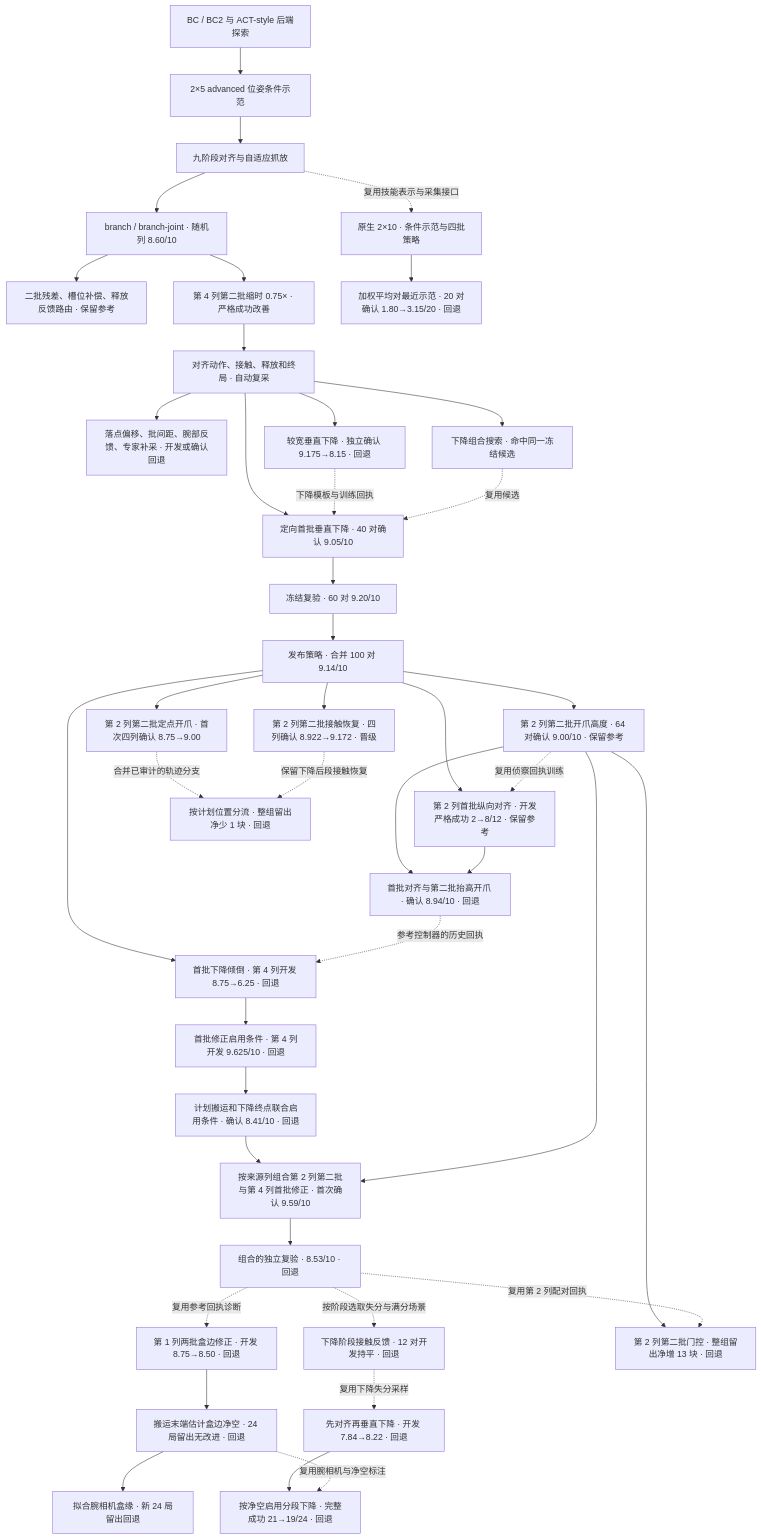
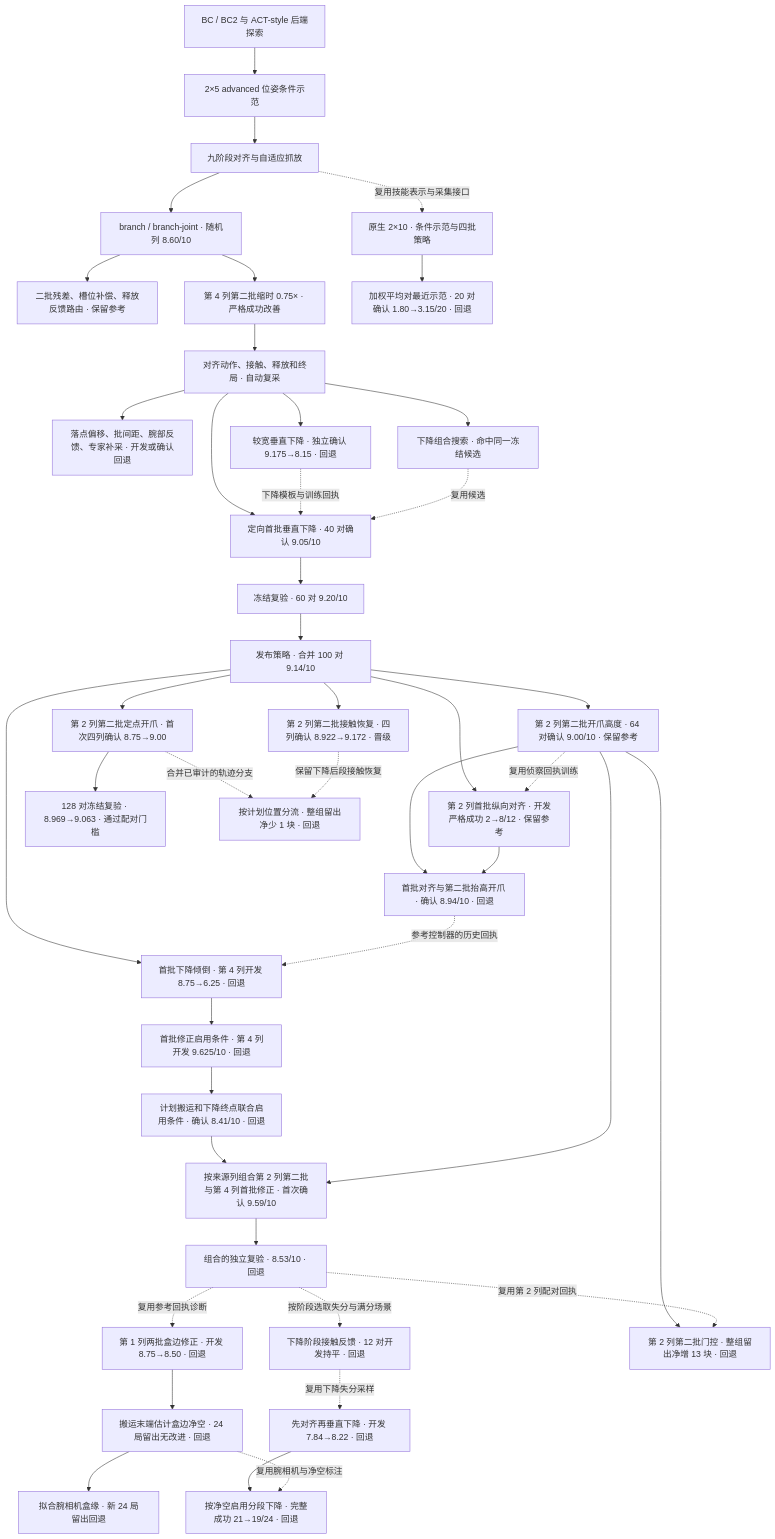
Before and after one commit to haiyouxiaji/a3-agent-optimizer: the second of 2 diagrams in docs/A3_EXPERIMENT_TREE.md, drawn with Mermaid. The commit also changed other lines of this file and 6 other files, not shown here.

````diff
--- a/docs/A3_EXPERIMENT_TREE.md
+++ b/docs/A3_EXPERIMENT_TREE.md
@@ -19,44 +19,45 @@
 ```mermaid
 flowchart TD
     BC["BC / BC2 与 ACT-style 后端探索"] --> ADV["2×5 advanced 位姿条件示范"]
     ADV --> PH["九阶段对齐与自适应抓放"]
     PH --> BJ["branch / branch-joint · 随机列 8.60/10"]
     BJ --> REL["二批残差、槽位补偿、释放反馈路由 · 保留参考"]
     BJ --> TIM["第 4 列第二批缩时 0.75× · 严格成功改善"]
     TIM --> DIAG["对齐动作、接触、释放和终局 · 自动复采"]
     DIAG --> OFF["落点偏移、批间距、腕部反馈、专家补采 · 开发或确认回退"]
     DIAG --> WIDE["较宽垂直下降 · 独立确认 9.175→8.15 · 回退"]
     DIAG --> FOCUS["定向首批垂直下降 · 40 对确认 9.05/10"]
     WIDE -.->|下降模板与训练回执| FOCUS
     DIAG --> DUP["下降组合搜索 · 命中同一冻结候选"]
     DUP -.->|复用候选| FOCUS
     FOCUS --> REP["冻结复验 · 60 对 9.20/10"]
     REP --> BEST["发布策略 · 合并 100 对 9.14/10"]
     BEST --> HOVER["第 2 列第二批开爪高度 · 64 对确认 9.00/10 · 保留参考"]
     BEST --> ROW["第 2 列首批纵向对齐 · 开发严格成功 2→8/12 · 保留参考"]
     HOVER -.->|复用侦察回执训练| ROW
     HOVER --> COMPOSE["首批对齐与第二批抬高开爪 · 确认 8.94/10 · 回退"]
     ROW --> COMPOSE
     BEST --> FIRSTHOVER["首批下降倾倒 · 第 4 列开发 8.75→6.25 · 回退"]
     COMPOSE -.->|参考控制器的历史回执| FIRSTHOVER
     FIRSTHOVER --> GUARD["首批修正启用条件 · 第 4 列开发 9.625/10 · 回退"]
     GUARD --> PROJECT["计划搬运和下降终点联合启用条件 · 确认 8.41/10 · 回退"]
     PROJECT --> ROUTED["按来源列组合第 2 列第二批与第 4 列首批修正 · 首次确认 9.59/10"]
     HOVER --> ROUTED
     ROUTED --> ROUTEDREP["组合的独立复验 · 8.53/10 · 回退"]
     ROUTEDREP -.->|复用参考回执诊断| WALL["第 1 列两批盒边修正 · 开发 8.75→8.50 · 回退"]
     WALL --> SENSE["搬运末端估计盒边净空 · 24 局留出无改进 · 回退"]
     SENSE --> EDGES["拟合腕相机盒缘 · 新 24 局留出回退"]
     ROUTEDREP -.->|按阶段选取失分与满分场景| FORCE["下降阶段接触反馈 · 12 对开发持平 · 回退"]
     HOVER --> LATE["第 2 列第二批门控 · 整组留出净增 13 块 · 回退"]
     ROUTEDREP -.->|复用第 2 列配对回执| LATE
     FORCE -.->|复用下降失分采样| STAGED["先对齐再垂直下降 · 开发 7.84→8.22 · 回退"]
     STAGED --> STAGEDGATE["按净空启用分段下降 · 完整成功 21→19/24 · 回退"]
     SENSE -.->|复用腕相机与净空标注| STAGEDGATE
     BEST --> HOLD["第 2 列第二批定点开爪 · 首次四列确认 8.75→9.00"]
+    HOLD --> HOLDREP["128 对冻结复验 · 8.969→9.063 · 通过配对门槛"]
     BEST --> RECOVERY["第 2 列第二批接触恢复 · 四列确认 8.922→9.172 · 晋级"]
     HOLD -.->|合并已审计的轨迹分支| RELEASEGATE["按计划位置分流 · 整组留出净少 1 块 · 回退"]
     RECOVERY -.->|保留下降后段接触恢复| RELEASEGATE
     PH -.->|复用技能表示与采集接口| TEN["原生 2×10 · 条件示范与四批策略"]
     TEN --> TR["加权平均对最近示范 · 20 对确认 1.80→3.15/20 · 回退"]
 ```
````
